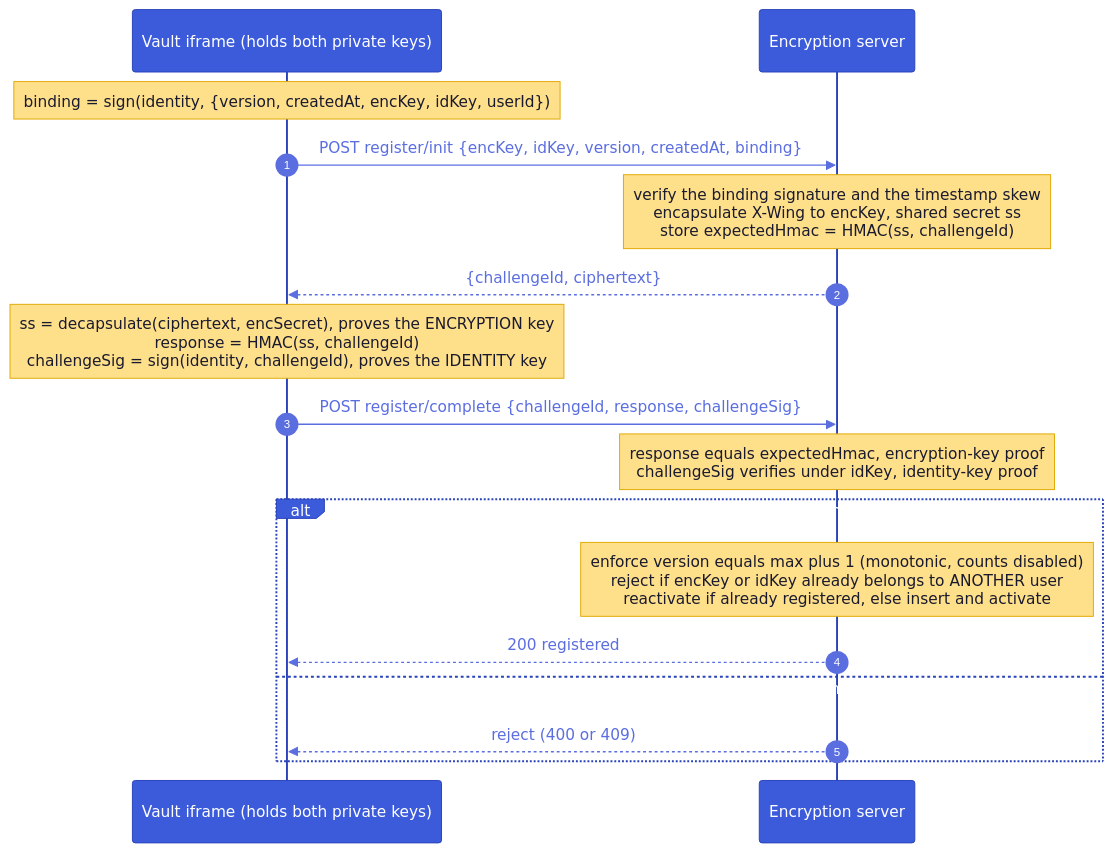
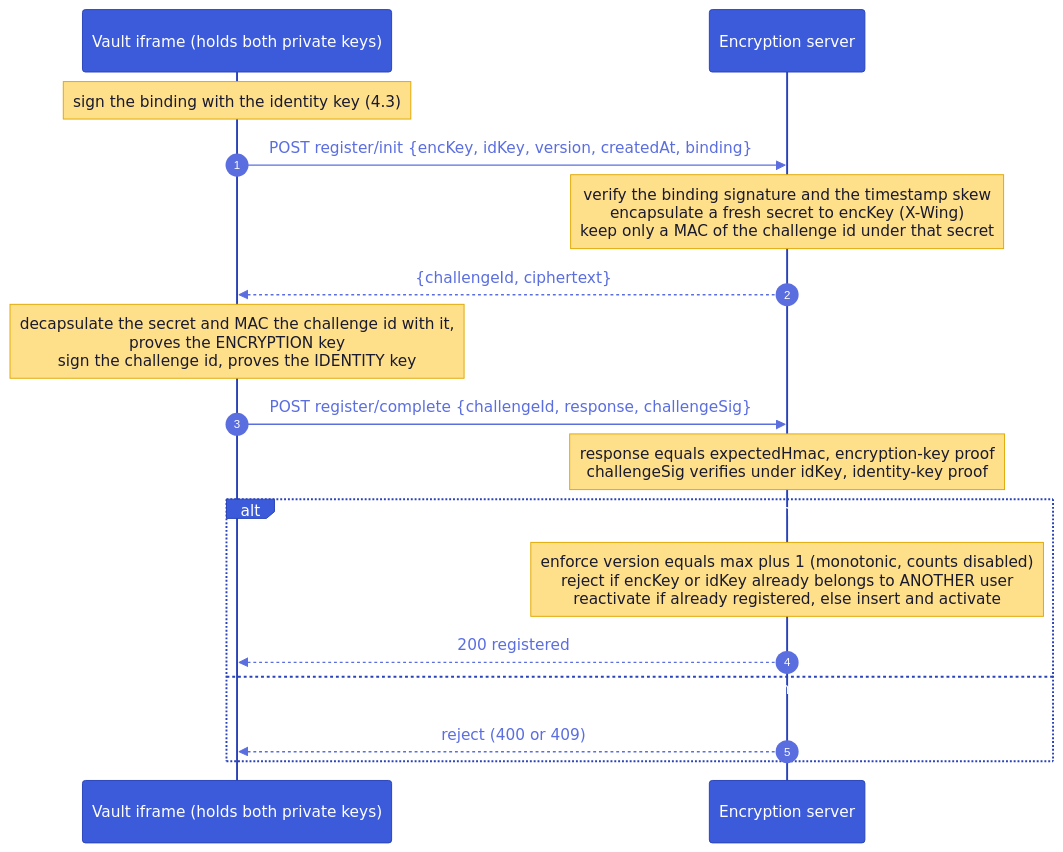
The eighth of 22 diagrams in architecture.md (suitenumerique/encryption), drawn with Mermaid before and after one commit. The commit also changed other lines of this file, not shown here.

````diff
--- a/architecture.md
+++ b/architecture.md
@@ -451,20 +739,20 @@
 ```mermaid
 %%{init: {'theme':'base','themeVariables':{'actorBkg':'#3b5bdb','actorTextColor':'#fff','actorBorder':'#2942b8','signalColor':'#5b6ee0','signalTextColor':'#5b6ee0','noteBkgColor':'#ffe08a','noteTextColor':'#1a1a2e','noteBorderColor':'#e0a800','sequenceNumberColor':'#fff'}}}%%
 sequenceDiagram
   autonumber
   participant V as Vault iframe (holds both private keys)
   participant API as Encryption server
-  Note over V: binding = sign(identity, {version, createdAt, encKey, idKey, userId})
+  Note over V: sign the binding with the identity key (4.3)
   V->>API: POST register/init {encKey, idKey, version, createdAt, binding}
-  Note over API: verify the binding signature and the timestamp skew<br/>encapsulate X-Wing to encKey, shared secret ss<br/>store expectedHmac = HMAC(ss, challengeId)
+  Note over API: verify the binding signature and the timestamp skew<br/>encapsulate a fresh secret to encKey (X-Wing)<br/>keep only a MAC of the challenge id under that secret
   API-->>V: {challengeId, ciphertext}
-  Note over V: ss = decapsulate(ciphertext, encSecret), proves the ENCRYPTION key<br/>response = HMAC(ss, challengeId)<br/>challengeSig = sign(identity, challengeId), proves the IDENTITY key
+  Note over V: decapsulate the secret and MAC the challenge id with it,<br/>proves the ENCRYPTION key<br/>sign the challenge id, proves the IDENTITY key
   V->>API: POST register/complete {challengeId, response, challengeSig}
   Note over API: response equals expectedHmac, encryption-key proof<br/>challengeSig verifies under idKey, identity-key proof
   alt both proofs pass and the record is coherent
     Note over API: enforce version equals max plus 1 (monotonic, counts disabled)<br/>reject if encKey or idKey already belongs to ANOTHER user<br/>reactivate if already registered, else insert and activate
     API-->>V: 200 registered
   else a proof fails or the key is already taken
     API-->>V: reject (400 or 409)
   end
 ```
````
